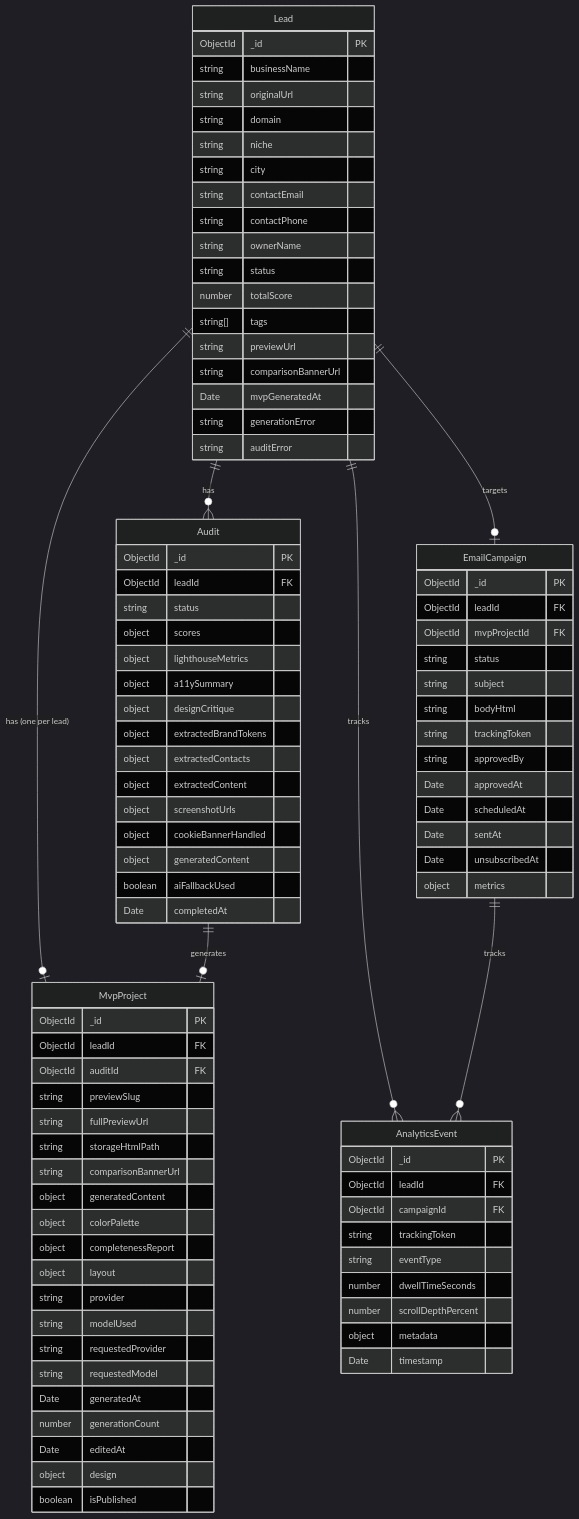
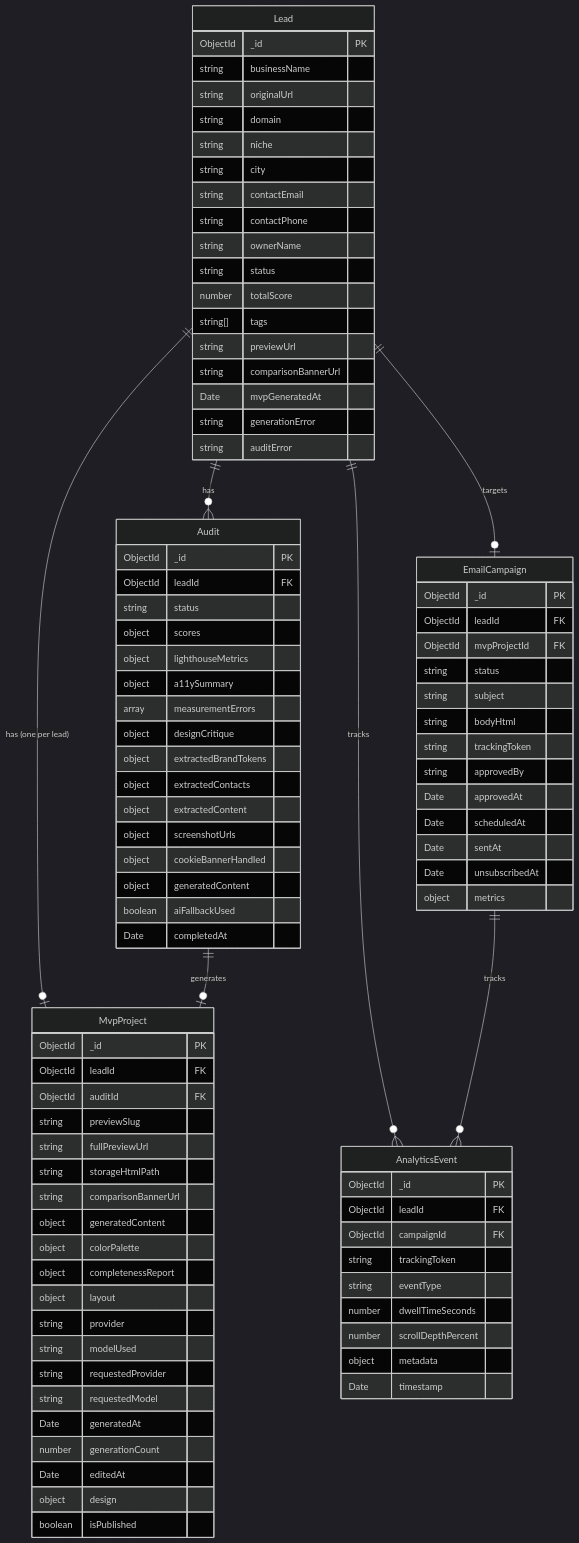
The seventh of 10 diagrams in blueprint.md (yurykurouski/revamp-docs), drawn with Mermaid (dark theme) before and after one commit. The commit also changed other lines of this file and 1 other file, not shown here.

First line of the commit message:
docs(REV-100): document measurement errors and partial scores

```diff
--- a/blueprint.md
+++ b/blueprint.md
@@ -475,6 +477,7 @@
         object scores
         object lighthouseMetrics
         object a11ySummary
+        array measurementErrors
         object designCritique
         object extractedBrandTokens
         object extractedContacts
```
